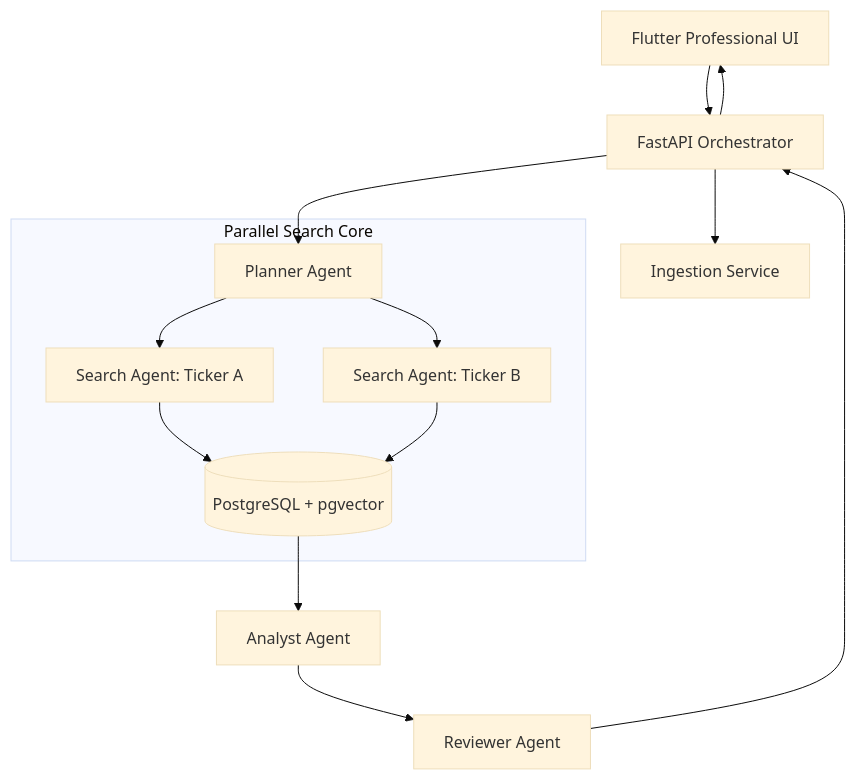
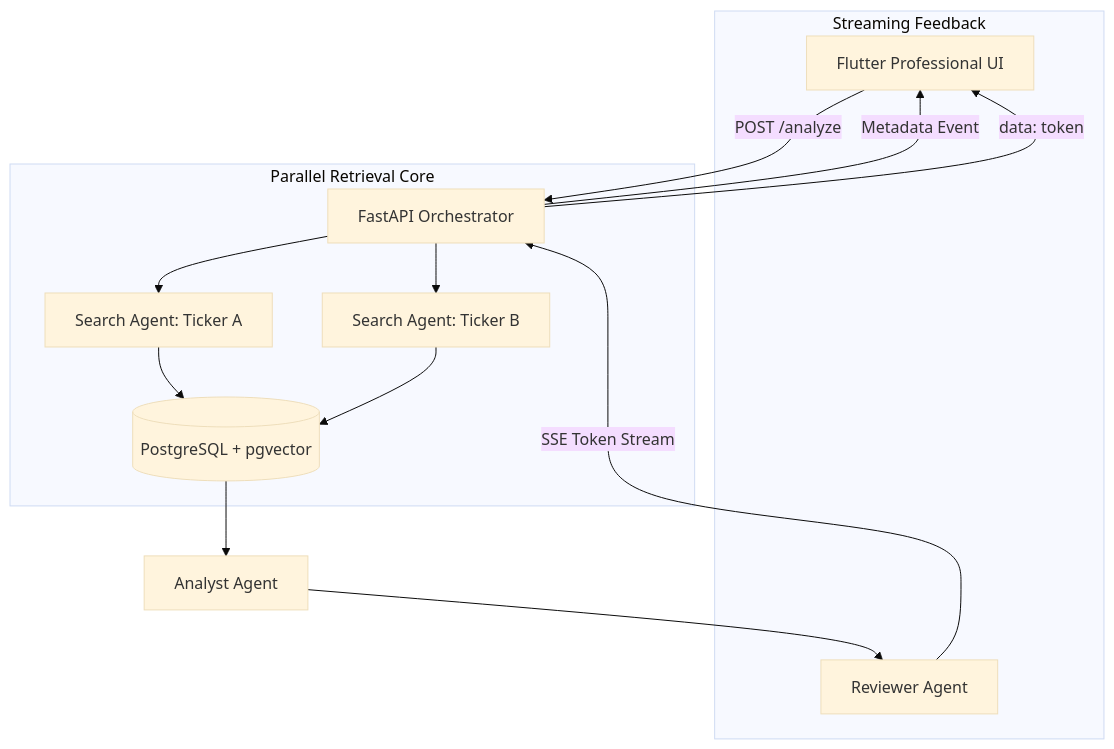
Before and after one commit to tychocollins/sec-agentic-rag: the diagram in README.md, drawn with Mermaid (base theme). The commit also changed other lines of this file, not shown here.

Commit message:
📝 Documentation: Updated README with Real-Time SSE Streaming and Parallel Search Architecture

````diff
--- a/README.md
+++ b/README.md
@@ -33,18 +37,20 @@
 ```mermaid
 graph TD
-    UI[Flutter Professional UI] --> API[FastAPI Orchestrator]
-    API --> Ingest[Ingestion Service]
-    API --> Planner[Planner Agent]
+    UI[Flutter Professional UI] -- POST /analyze --> API[FastAPI Orchestrator]
+    API -- Metadata Event --> UI
     
-    subgraph "Parallel Search Core"
-        Planner --> S1[Search Agent: Ticker A]
-        Planner --> S2[Search Agent: Ticker B]
+    subgraph "Parallel Retrieval Core"
+        API --> S1[Search Agent: Ticker A]
+        API --> S2[Search Agent: Ticker B]
         S1 --> DB[(PostgreSQL + pgvector)]
         S2 --> DB
     end
     
     DB --> Analyst[Analyst Agent]
     Analyst --> Reviewer[Reviewer Agent]
-    Reviewer --> API
-    API --> UI
+    
+    subgraph "Streaming Feedback"
+        Reviewer -- SSE Token Stream --> API
+        API -- data: token --> UI
+    end
 ```
````
